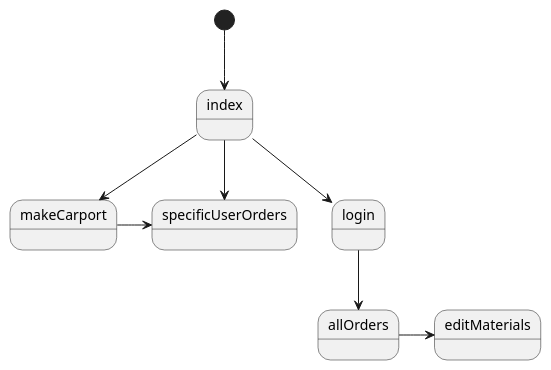
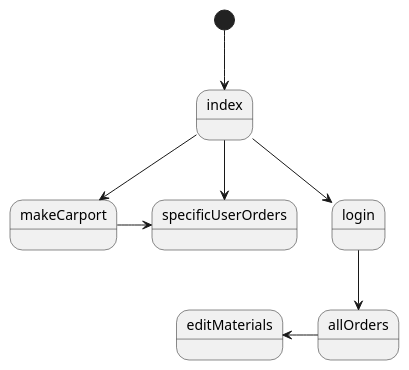
Before and after one commit to NikolajX4000/Sem2Exam: the diagram in src/main/java/UML/NavigationDiagram.puml, drawn with PlantUML. The commit also changed 4 other files, not shown here.

```diff
--- a/src/main/java/UML/NavigationDiagram.puml
+++ b/src/main/java/UML/NavigationDiagram.puml
@@ -1,15 +1,15 @@
 @startuml
 
 [*] --> index
 
-allOrders -> editMaterials
+allOrders -left-> editMaterials
 
 index --> login
 index --> makeCarport
 index --> specificUserOrders
 
 login --> allOrders
 
 makeCarport -> specificUserOrders
 
 @enduml
```
